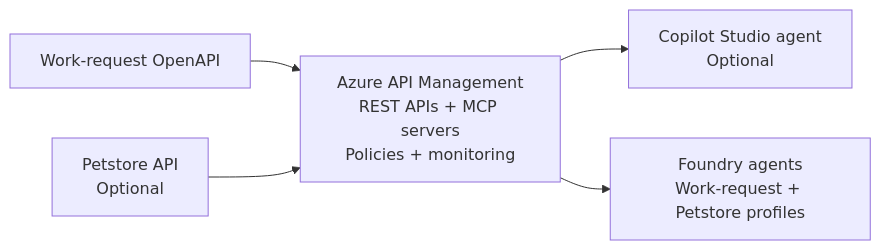
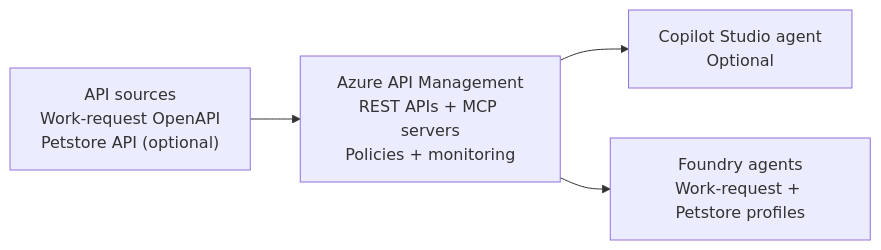
Before and after one commit to yurilausberg/foundry-apim-mcp-workshop: the diagram in README.md, drawn with Mermaid.

Commit message:
Consolidate API sources in README diagram
Group the work-request OpenAPI and optional Petstore API into one source box before the governed APIM layer.

Copilot-Session: aa1a2148-b4d0-4cc5-94ea-497594b4b72a

````diff
--- a/README.md
+++ b/README.md
@@ -9,7 +9,6 @@
 ```mermaid
 flowchart LR
-    WORK["Work-request OpenAPI"] --> APIM["Azure API Management<br/>REST APIs + MCP servers<br/>Policies + monitoring"]
-    PET["Petstore API<br/>Optional"] --> APIM
+    APIS["API sources<br/>Work-request OpenAPI<br/>Petstore API (optional)"] --> APIM["Azure API Management<br/>REST APIs + MCP servers<br/>Policies + monitoring"]
     APIM --> COPILOT["Copilot Studio agent<br/>Optional"]
     APIM --> FOUNDRY["Foundry agents<br/>Work-request + Petstore profiles"]
 ```
````
